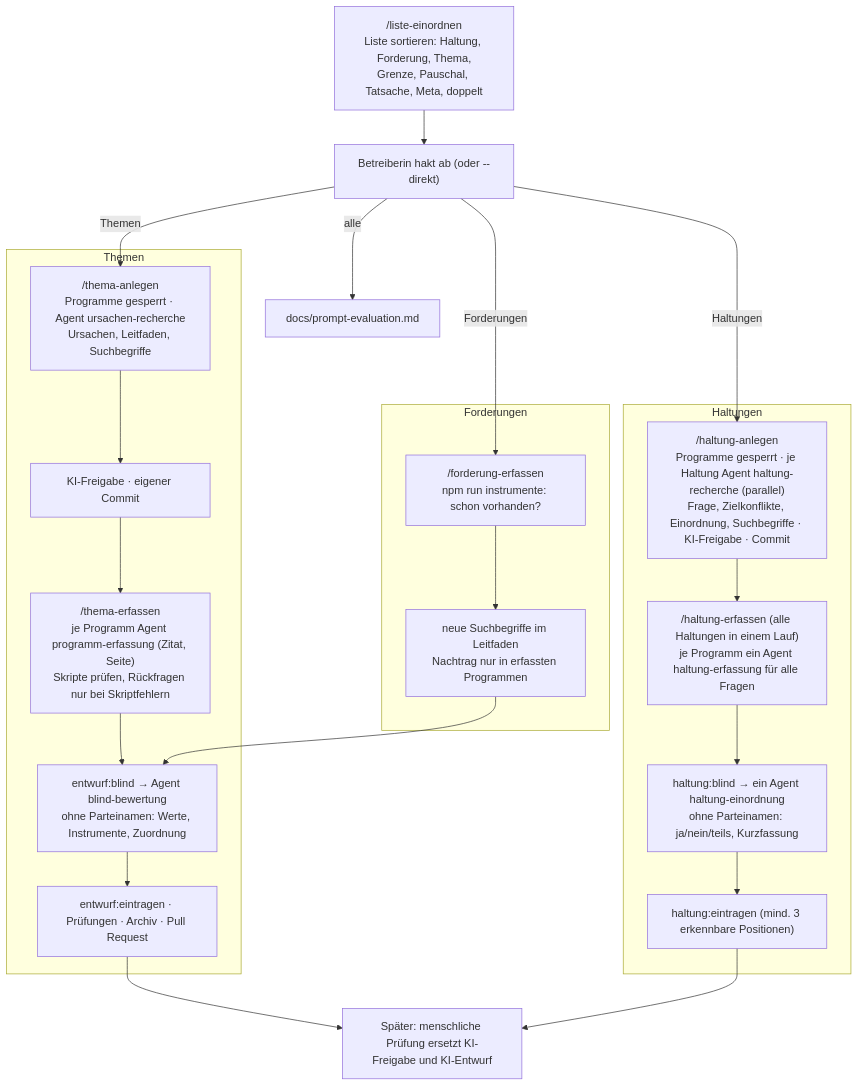
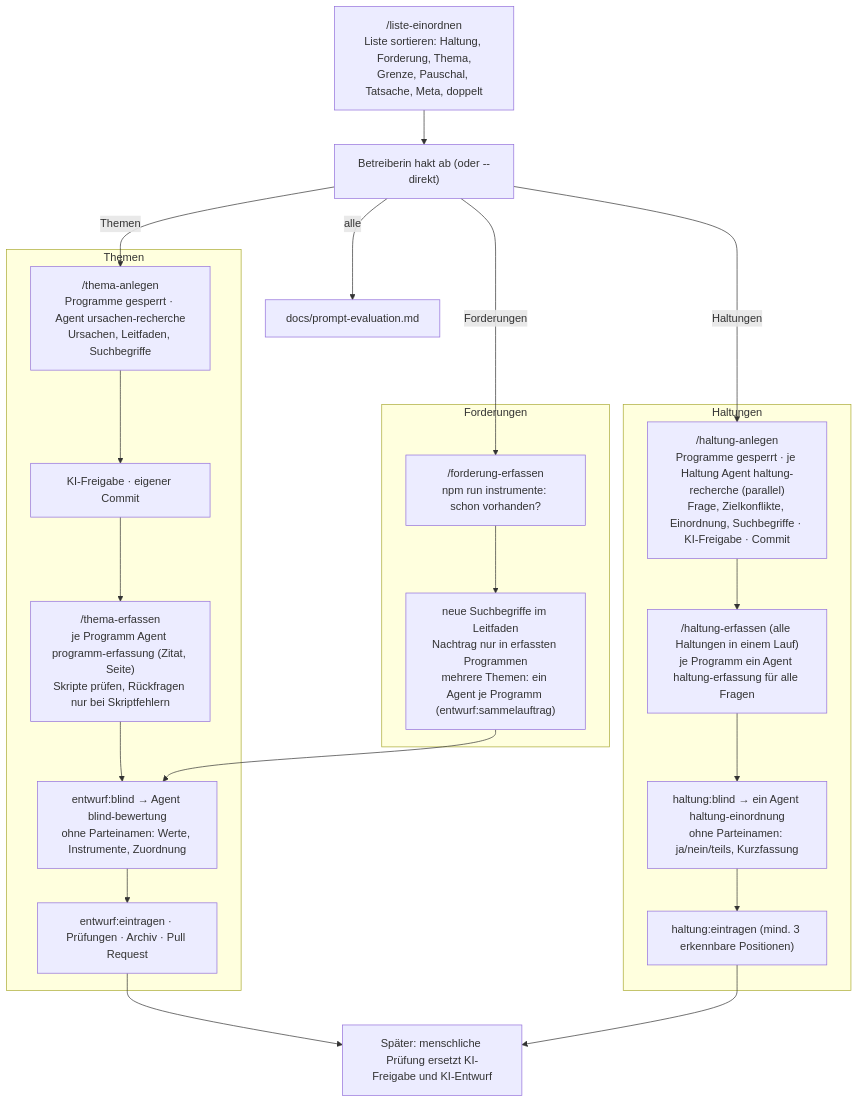
The diagram in .claude/skills/README.md (ma3u/politik-duell), drawn with Mermaid before and after one commit. The commit also changed other lines of this file and 6 other files, not shown here.

First line of the commit message:
Forderungen über Themen bündeln: ein Erfassungs-Agent je Programm

````diff
--- a/.claude/skills/README.md
+++ b/.claude/skills/README.md
@@ -5,32 +5,32 @@
 ```mermaid
 flowchart TD
     L["/liste-einordnen<br/>Liste sortieren: Haltung, Forderung, Thema,<br/>Grenze, Pauschal, Tatsache, Meta, doppelt"]
     LB["Betreiberin hakt ab (oder --direkt)"]
     L --> LB
     LB -->|Haltungen| H1
     LB -->|Themen| T1
     LB -->|Forderungen| F1
     LB -->|alle| EV["docs/prompt-evaluation.md"]
     subgraph T["Themen"]
         T1["/thema-anlegen<br/>Programme gesperrt · Agent ursachen-recherche<br/>Ursachen, Leitfaden, Suchbegriffe"]
         T2["KI-Freigabe · eigener Commit"]
         T3["/thema-erfassen<br/>je Programm Agent programm-erfassung (Zitat, Seite)<br/>Skripte prüfen, Rückfragen nur bei Skriptfehlern"]
         T4["entwurf:blind → Agent blind-bewertung<br/>ohne Parteinamen: Werte, Instrumente, Zuordnung"]
         T5["entwurf:eintragen · Prüfungen · Archiv · Pull Request"]
         T1 --> T2 --> T3 --> T4 --> T5
     end
     subgraph F["Forderungen"]
         F1["/forderung-erfassen<br/>npm run instrumente: schon vorhanden?"]
-        F2["neue Suchbegriffe im Leitfaden<br/>Nachtrag nur in erfassten Programmen"]
+        F2["neue Suchbegriffe im Leitfaden<br/>Nachtrag nur in erfassten Programmen<br/>mehrere Themen: ein Agent je Programm (entwurf:sammelauftrag)"]
         F1 --> F2 --> T4
     end
     subgraph H["Haltungen"]
         H1["/haltung-anlegen<br/>Programme gesperrt · je Haltung Agent haltung-recherche (parallel)<br/>Frage, Zielkonflikte, Einordnung, Suchbegriffe · KI-Freigabe · Commit"]
         H2["/haltung-erfassen (alle Haltungen in einem Lauf)<br/>je Programm ein Agent haltung-erfassung für alle Fragen"]
         H3["haltung:blind → ein Agent haltung-einordnung<br/>ohne Parteinamen: ja/nein/teils, Kurzfassung"]
         H4["haltung:eintragen (mind. 3 erkennbare Positionen)"]
         H1 --> H2 --> H3 --> H4
     end
     T5 --> P["Später: menschliche Prüfung ersetzt KI-Freigabe und KI-Entwurf"]
     H4 --> P
 ```
````
